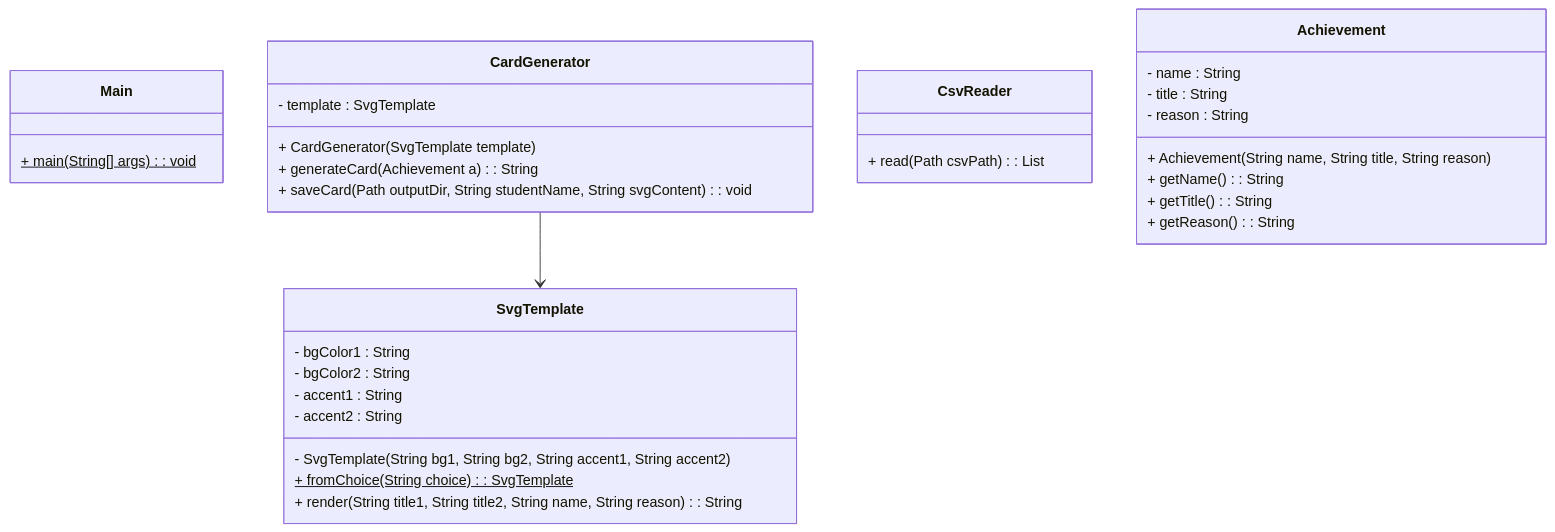
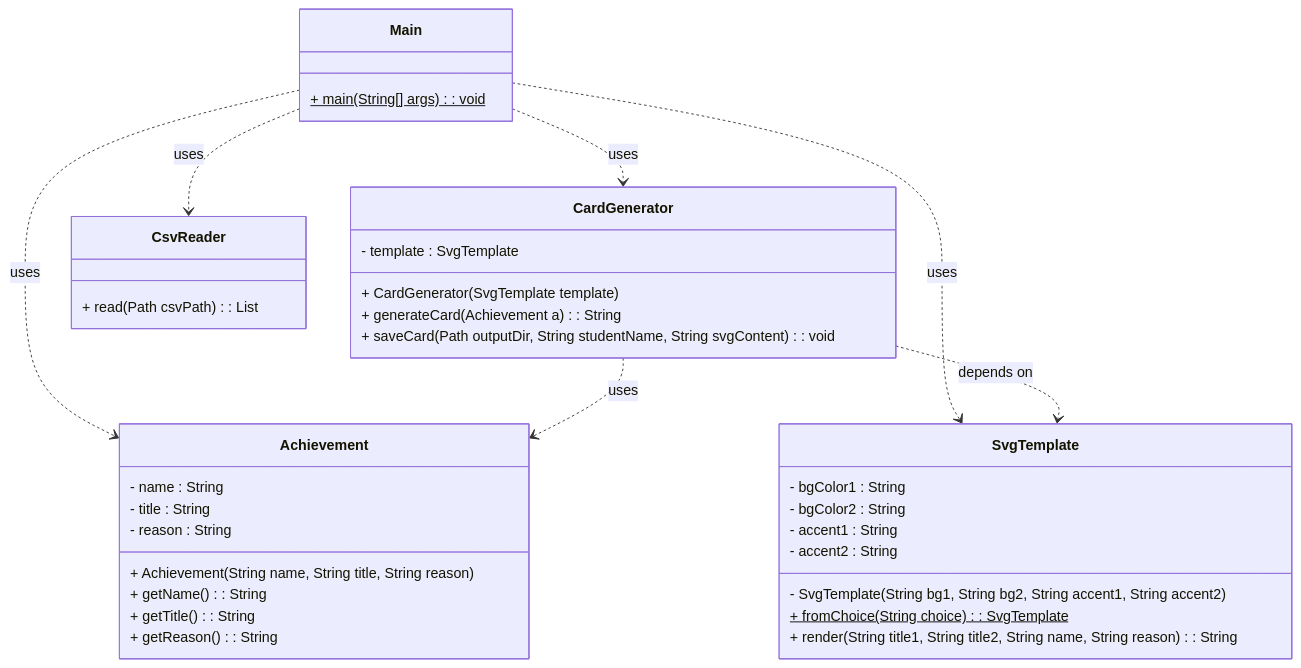
One commit to AndreaInfUFSM/elc117-2025b changed the second of 2 diagrams in classes/21/README.md. Above: the diagram before and after it, drawn with Mermaid. The commit also changed other lines of this file, not shown here.

Commit message:
feat: update class 21 (add instructions, update mermaid class diagram)

````diff
--- a/classes/21/README.md
+++ b/classes/21/README.md
@@ -465,39 +451,46 @@
 ```mermaid @mermaid
 classDiagram
+
   class SvgTemplate {
 
     - bgColor1 : String
     - bgColor2 : String
     - accent1 : String
     - accent2 : String
     - SvgTemplate(String bg1, String bg2, String accent1, String accent2)
     + fromChoice(String choice) : SvgTemplate$ 
     + render(String title1, String title2, String name, String reason) : String
   }
   class Main {
 
-    + main(String[] args) : void$ 
+    + main(String[] args) : void $ 
   }
   class CardGenerator {
 
     - template : SvgTemplate
     + CardGenerator(SvgTemplate template)
     + generateCard(Achievement a) : String
     + saveCard(Path outputDir, String studentName, String svgContent) : void
   }
   class CsvReader {
 
     + read(Path csvPath) : List<Achievement>
   }
   class Achievement {
 
     - name : String
     - title : String
     - reason : String
     + Achievement(String name, String title, String reason)
     + getName() : String
     + getTitle() : String
     + getReason() : String
   }
-CardGenerator --> SvgTemplate
+
+Main ..> CsvReader : uses
+Main ..> Achievement : uses
+Main ..> SvgTemplate : uses
+Main ..> CardGenerator : uses
+CardGenerator ..> SvgTemplate : depends on
+CardGenerator ..> Achievement : uses
 ```
````
